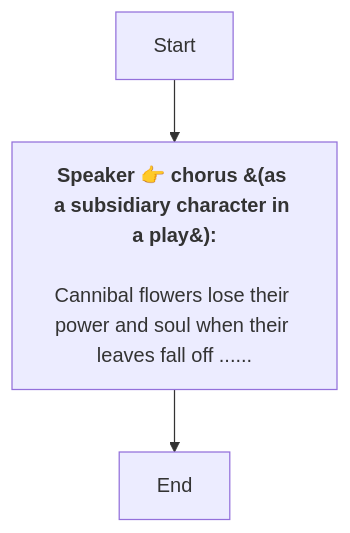
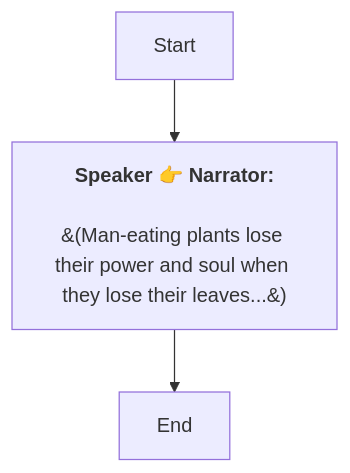
One commit to SoftHu/tos_avg changed the diagram in En/Dialog_55189495687270.md. Above: the diagram before and after it, drawn with Mermaid. The commit also changed 312 other files, not shown here.

````diff
--- a/En/Dialog_55189495687270.md
+++ b/En/Dialog_55189495687270.md
@@ -1,8 +1,8 @@
 ```mermaid
 graph
-Start -->1766064932543214[<b>Speaker 👉 chorus &#40;as a subsidiary character in a play&#41;:</b>
+Start -->1766064932543214[<b>Speaker 👉 Narrator:</b>
 
-Cannibal flowers lose their power and soul when their leaves fall off ......]
+&#40;Man-eating plants lose their power and soul when they lose their leaves...&#41;]
 1766064932543214 -->1766064972700399[End]
 
  ```
````
